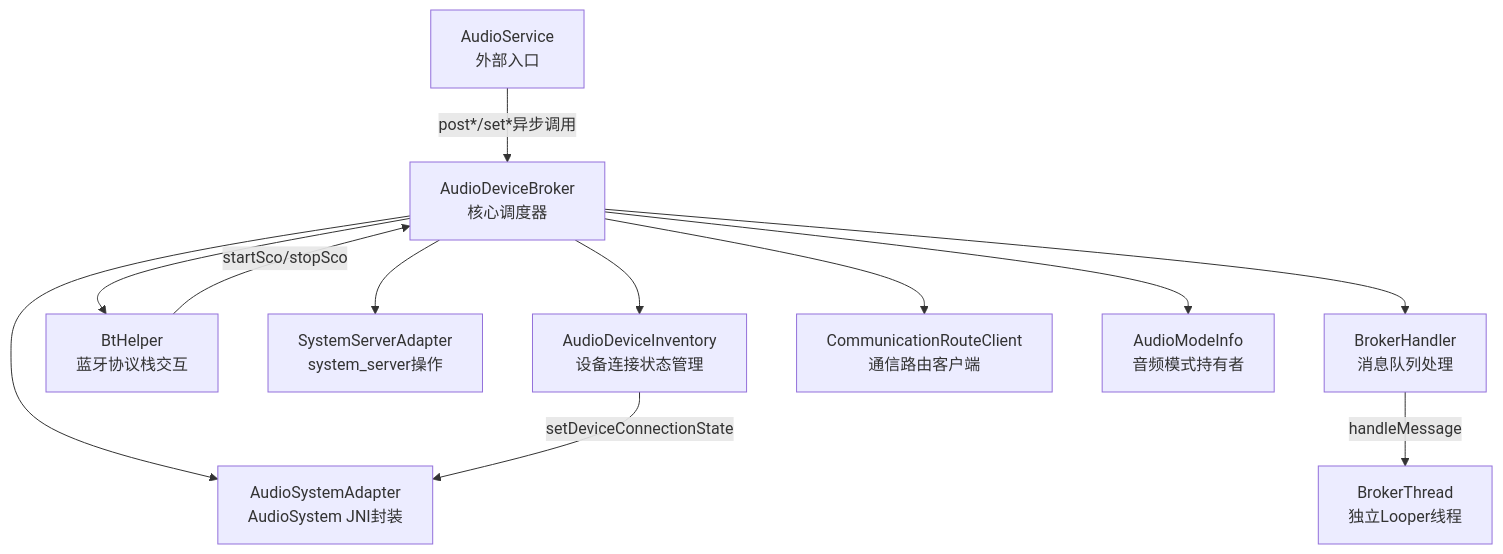
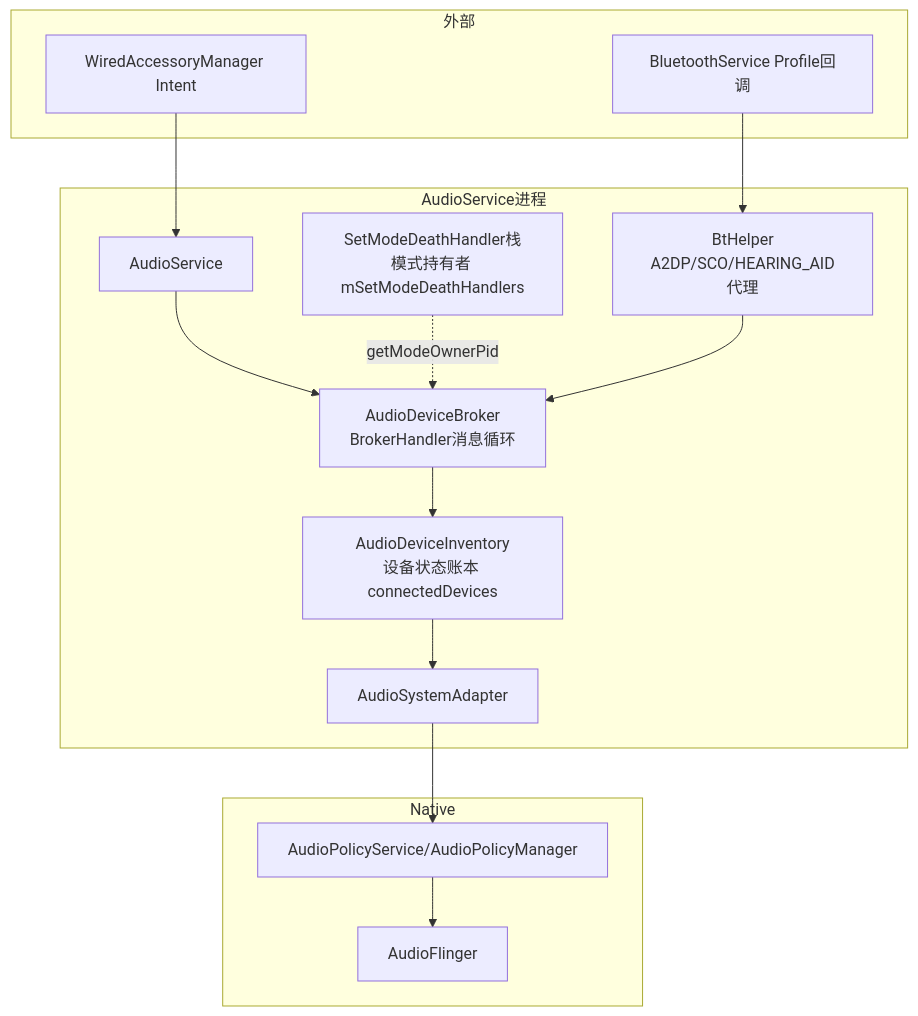
One commit to yanglinzhen1022/SA8295_AAOS_QNX_Audio_KnowledgeBase changed the first of 3 diagrams in 03_Java_Framework_Layer/03_3.5_AudioDeviceBroker-设备热插拔管理.md. Above: the diagram before and after it, drawn with Mermaid. The commit also changed other lines of this file and 6 other files, not shown here.

````diff
--- a/03_Java_Framework_Layer/03_3.5_AudioDeviceBroker-设备热插拔管理.md
+++ b/03_Java_Framework_Layer/03_3.5_AudioDeviceBroker-设备热插拔管理.md
@@ -22,25 +19,28 @@
 ```mermaid
 graph TB
-    AS["AudioService<br/>外部入口"]
-    ADB["AudioDeviceBroker<br/>核心调度器"]
-    DI["AudioDeviceInventory<br/>设备连接状态管理"]
-    BH["BtHelper<br/>蓝牙协议栈交互"]
-    SSA["SystemServerAdapter<br/>system_server操作"]
-    ASA["AudioSystemAdapter<br/>AudioSystem JNI封装"]
-    BTH["BrokerHandler<br/>消息队列处理"]
-    BTT["BrokerThread<br/>独立Looper线程"]
-    CRC["CommunicationRouteClient<br/>通信路由客户端"]
-    AMI["AudioModeInfo<br/>音频模式持有者"]
-
-    AS -->|"post*/set*异步调用"| ADB
+    subgraph AudioService进程
+        AS[AudioService]
+        AS2[SetModeDeathHandler栈<br/>模式持有者 mSetModeDeathHandlers]
+        ADB[AudioDeviceBroker<br/>BrokerHandler消息循环]
+        DI[AudioDeviceInventory<br/>设备状态账本 connectedDevices]
+        BH[BtHelper<br/>A2DP/SCO/HEARING_AID代理]
+        ASA[AudioSystemAdapter]
+    end
+    subgraph 外部
+        BTS[BluetoothService Profile回调]
+        WAM[WiredAccessoryManager Intent]
+    end
+    subgraph Native
+        APS[AudioPolicyService/AudioPolicyManager]
+        AF[AudioFlinger]
+    end
+    BTS --> BH
+    WAM --> AS
+    AS --> ADB
+    AS2 -.getModeOwnerPid.-> ADB
+    BH --> ADB
     ADB --> DI
-    ADB --> BH
-    ADB --> SSA
-    ADB --> ASA
-    ADB --> BTH
-    BTH -->|"handleMessage"| BTT
-    ADB --> CRC
-    ADB --> AMI
-    DI -->|"setDeviceConnectionState"| ASA
-    BH -->|"startSco/stopSco"| ADB
+    DI --> ASA
+    ASA --> APS
+    APS --> AF
 ```
````
